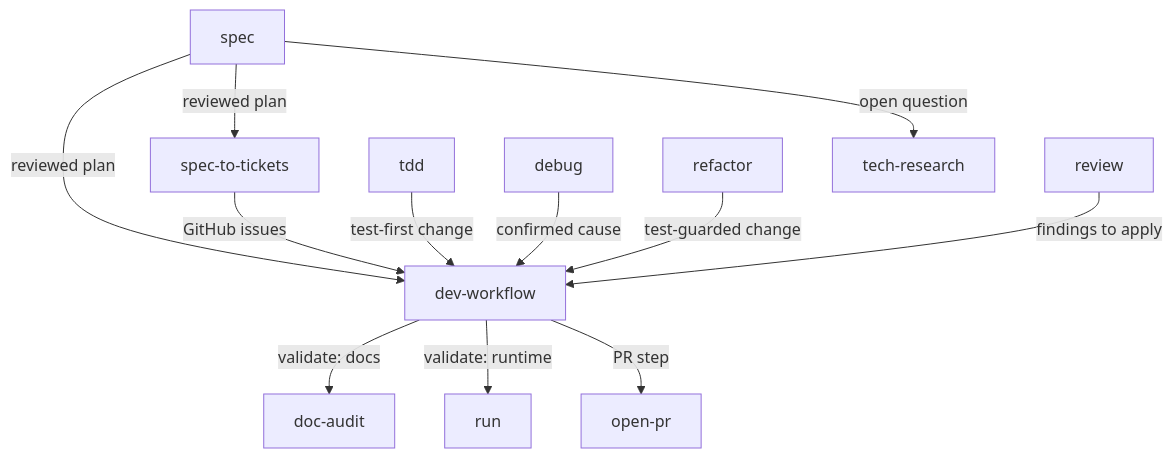
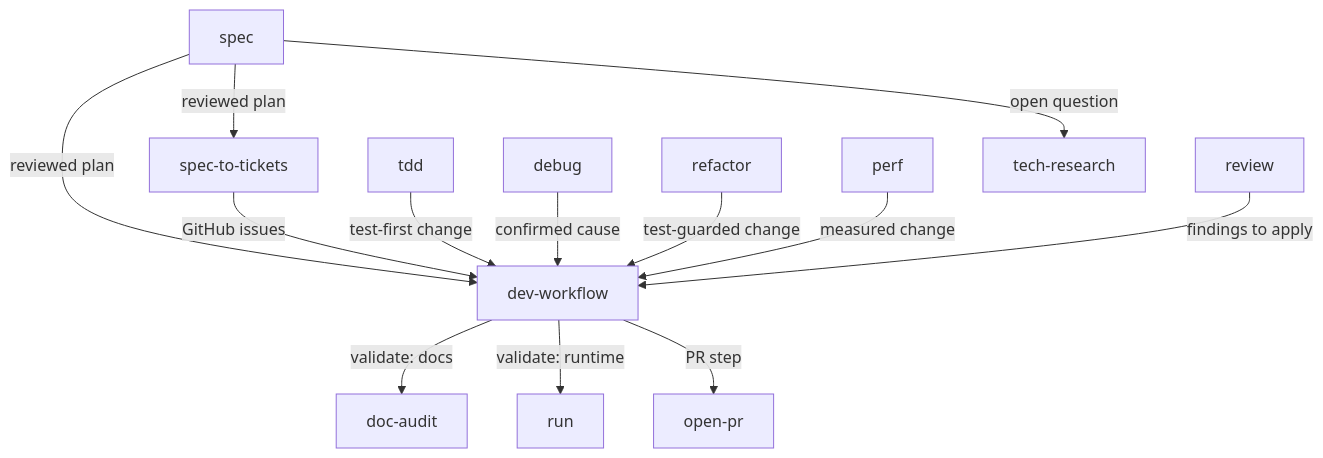
The diagram in docs/engineering-skill-composition.md (greerviau/skills), drawn with Mermaid before and after one commit. The commit also changed other lines of this file and 4 other files, not shown here.

````diff
--- a/docs/engineering-skill-composition.md
+++ b/docs/engineering-skill-composition.md
@@ -8,27 +8,29 @@
 ```mermaid
 flowchart TD
     spec[spec]
     tdd[tdd]
     debug[debug]
     refactor[refactor]
+    perf[perf]
     review[review]
     s2t[spec-to-tickets]
     techresearch[tech-research]
     devworkflow[dev-workflow]
     docaudit[doc-audit]
     run[run]
     openpr[open-pr]
 
     spec -->|reviewed plan| s2t
     spec -->|reviewed plan| devworkflow
     spec -->|open question| techresearch
     s2t -->|GitHub issues| devworkflow
     tdd -->|test-first change| devworkflow
     debug -->|confirmed cause| devworkflow
     refactor -->|test-guarded change| devworkflow
+    perf -->|measured change| devworkflow
     review -->|findings to apply| devworkflow
 
     devworkflow -->|validate: docs| docaudit
     devworkflow -->|validate: runtime| run
     devworkflow -->|PR step| openpr
 ```
````
